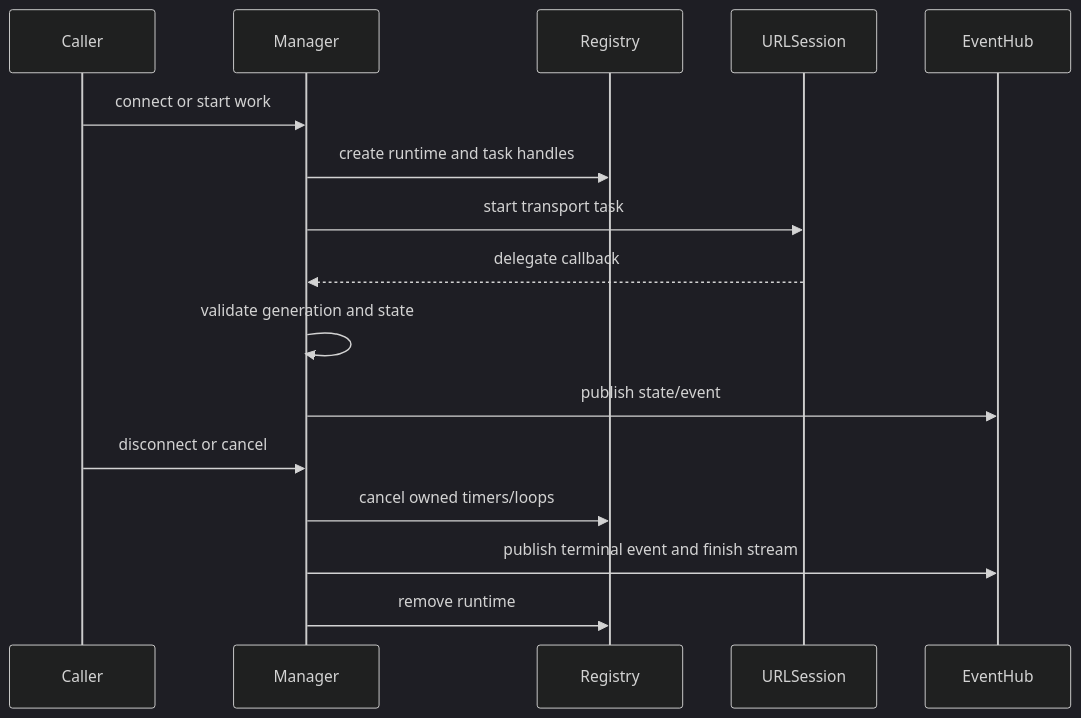
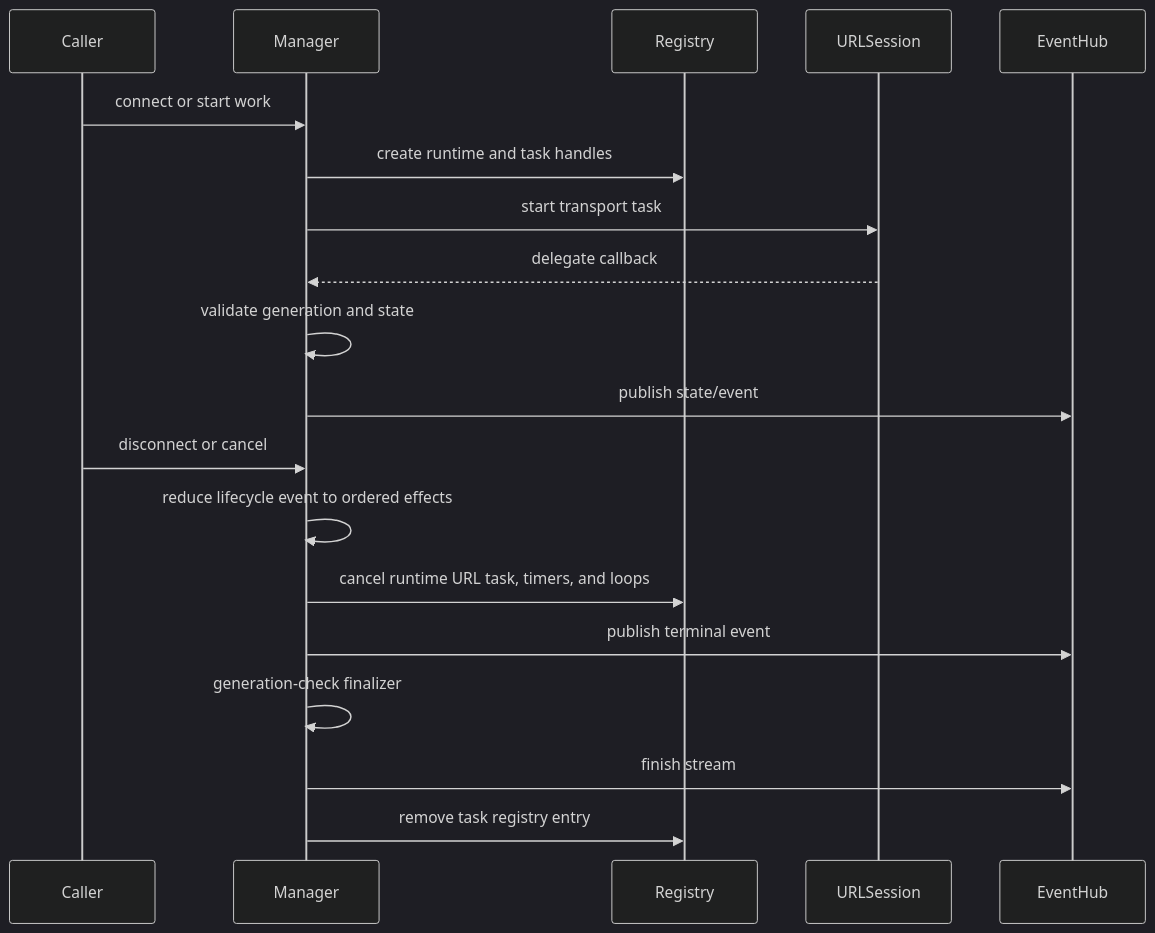
One commit to InnoSquadCorp/InnoNetwork changed the diagram in docs/TaskOwnership.md. Above: the diagram before and after it, drawn with Mermaid (dark theme). The commit also changed other lines of this file and 3 other files, not shown here.

````diff
--- a/docs/TaskOwnership.md
+++ b/docs/TaskOwnership.md
@@ -35,19 +35,22 @@
 ```mermaid
 sequenceDiagram
     participant Caller
     participant Manager
     participant Registry
     participant URLSession
     participant EventHub
 
     Caller->>Manager: connect or start work
     Manager->>Registry: create runtime and task handles
     Manager->>URLSession: start transport task
     URLSession-->>Manager: delegate callback
     Manager->>Manager: validate generation and state
     Manager->>EventHub: publish state/event
     Caller->>Manager: disconnect or cancel
-    Manager->>Registry: cancel owned timers/loops
-    Manager->>EventHub: publish terminal event and finish stream
-    Manager->>Registry: remove runtime
+    Manager->>Manager: reduce lifecycle event to ordered effects
+    Manager->>Registry: cancel runtime URL task, timers, and loops
+    Manager->>EventHub: publish terminal event
+    Manager->>Manager: generation-check finalizer
+    Manager->>EventHub: finish stream
+    Manager->>Registry: remove task registry entry
 ```
````
